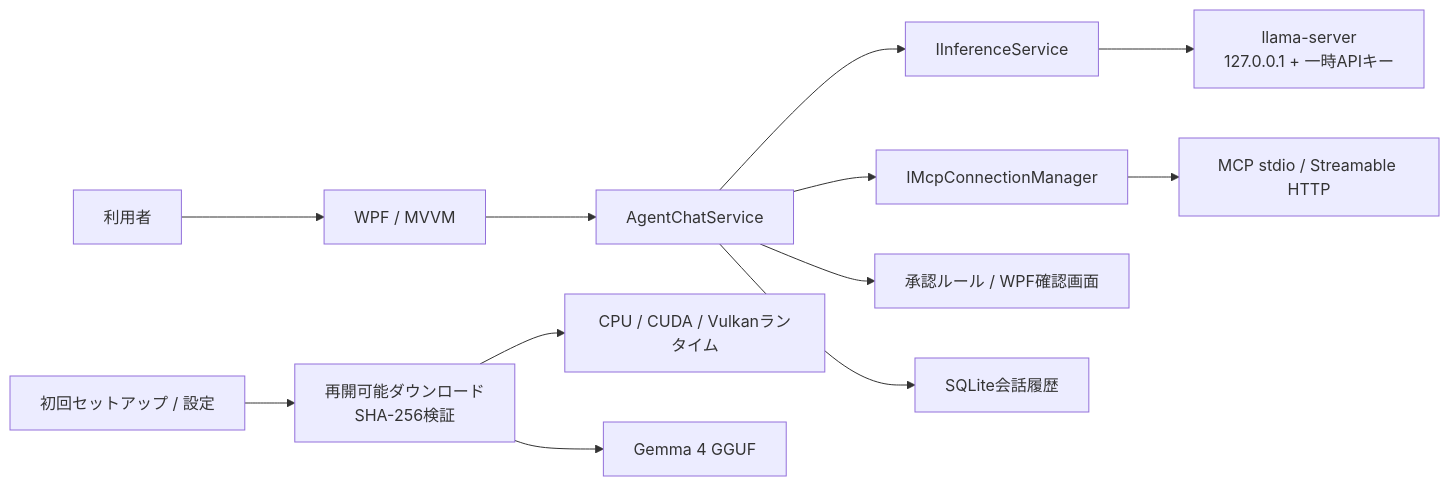
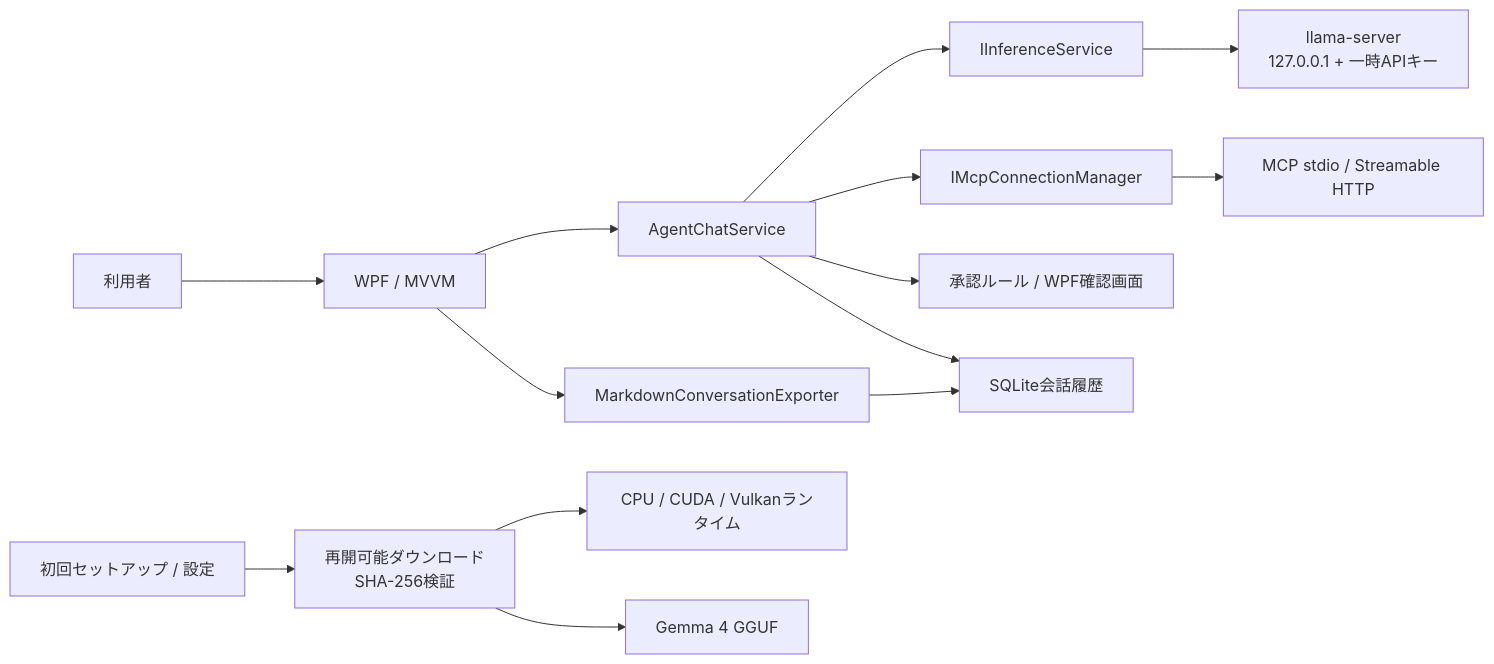
One commit to shaderjp/LocalMCPChatClient changed the first of 4 diagrams in docs/architecture.md. Above: the diagram before and after it, drawn with Mermaid. The commit also changed other lines of this file and 28 other files, not shown here.

````diff
--- a/docs/architecture.md
+++ b/docs/architecture.md
@@ -7,14 +7,16 @@
 ```mermaid
 flowchart LR
     User["利用者"] --> UI["WPF / MVVM"]
     UI --> Agent["AgentChatService"]
     Agent --> Inference["IInferenceService"]
     Inference --> Runtime["llama-server\n127.0.0.1 + 一時APIキー"]
     Agent --> MCP["IMcpConnectionManager"]
     MCP --> Servers["MCP stdio / Streamable HTTP"]
     Agent --> Approval["承認ルール / WPF確認画面"]
     Agent --> Store["SQLite会話履歴"]
+    UI --> Export["MarkdownConversationExporter"]
+    Export --> Store
     Setup["初回セットアップ / 設定"] --> Installer["再開可能ダウンロード\nSHA-256検証"]
     Installer --> RuntimeFiles["CPU / CUDA / Vulkanランタイム"]
     Installer --> Models["Gemma 4 GGUF"]
 ```
````
